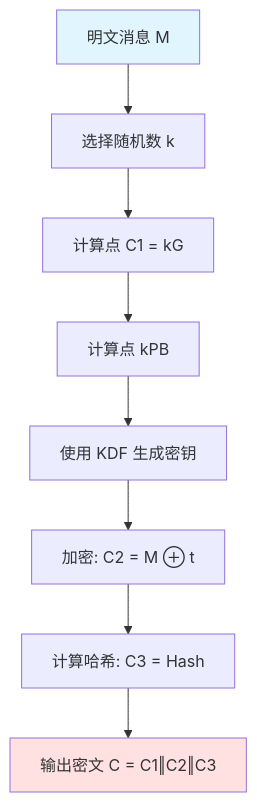
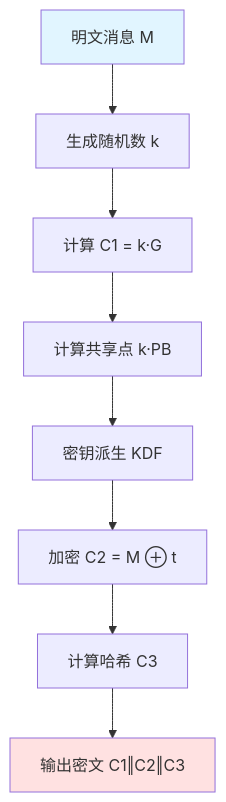
The diagram in docs/sm2/encrypt.md (linyuliu/smkit-docs), drawn with Mermaid before and after one commit. The commit also changed other lines of this file and 2 other files, not shown here.

````diff
--- a/docs/sm2/encrypt.md
+++ b/docs/sm2/encrypt.md
@@ -39,13 +22,13 @@
 ```mermaid
 graph TB
-    A[明文消息 M] --> B[选择随机数 k]
-    B --> C[计算点 C1 = kG]
-    C --> D[计算点 kPB]
-    D --> E[使用 KDF 生成密钥]
-    E --> F[加密: C2 = M ⊕ t]
-    F --> G[计算哈希: C3 = Hash]
-    G --> H[输出密文 C = C1‖C2‖C3]
+    A[明文消息 M] --> B[生成随机数 k]
+    B --> C[计算 C1 = k·G]
+    C --> D[计算共享点 k·PB]
+    D --> E[密钥派生 KDF]
+    E --> F[加密 C2 = M ⊕ t]
+    F --> G[计算哈希 C3]
+    G --> H[输出密文 C1‖C2‖C3]
     
     style A fill:#e1f5ff
     style H fill:#ffe1e1
 ```
````
